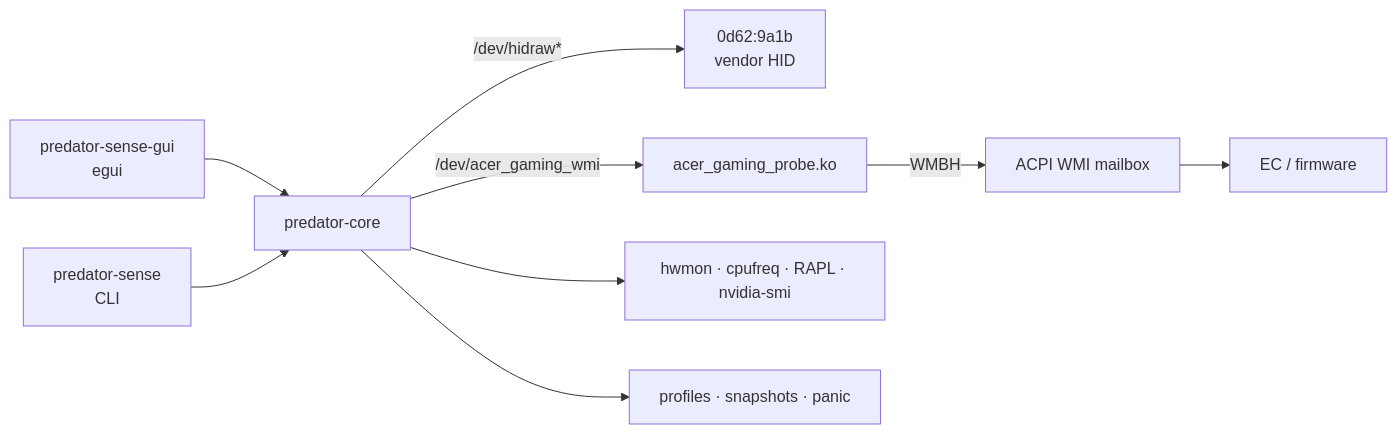
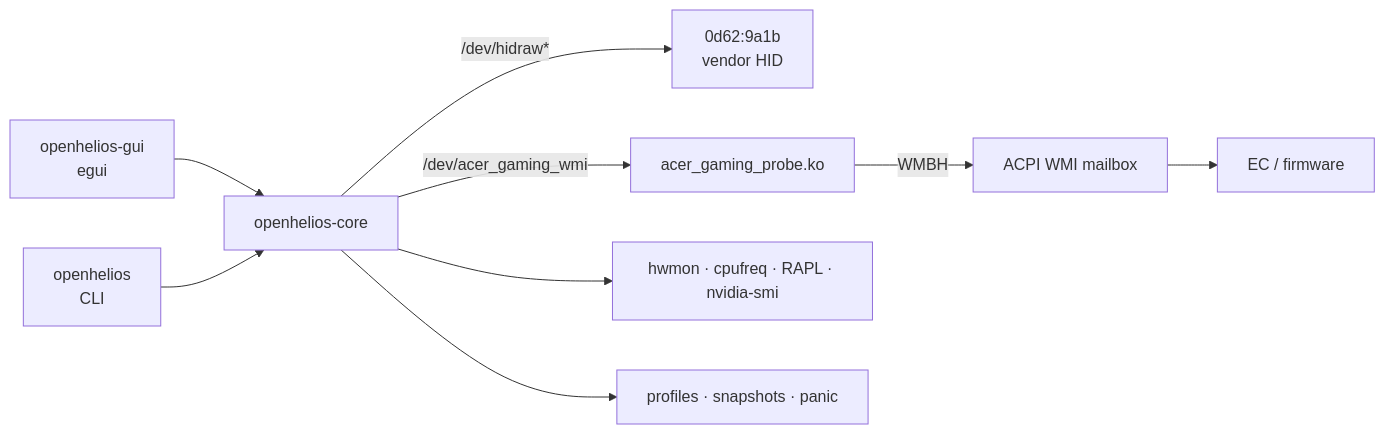
The diagram in README.md (AxDSan/openhelios), drawn with Mermaid before and after one commit. The commit also changed other lines of this file and 56 other files, not shown here.

````diff
--- a/README.md
+++ b/README.md
@@ -244,11 +357,11 @@
 ```mermaid
 flowchart LR
-    GUI["predator-sense-gui<br/>egui"] --> CORE["predator-core"]
-    CLI["predator-sense<br/>CLI"] --> CORE
+    GUI["openhelios-gui<br/>egui"] --> CORE["openhelios-core"]
+    CLI["openhelios<br/>CLI"] --> CORE
     CORE -->|"/dev/hidraw*"| KBD["0d62:9a1b<br/>vendor HID"]
     CORE -->|"/dev/acer_gaming_wmi"| MOD["acer_gaming_probe.ko"]
     MOD -->|"WMBH"| ACPI["ACPI WMI mailbox"]
     ACPI --> EC["EC / firmware"]
     CORE --> SYS["hwmon · cpufreq · RAPL · nvidia-smi"]
     CORE --> STATE["profiles · snapshots · panic"]
 ```
````
